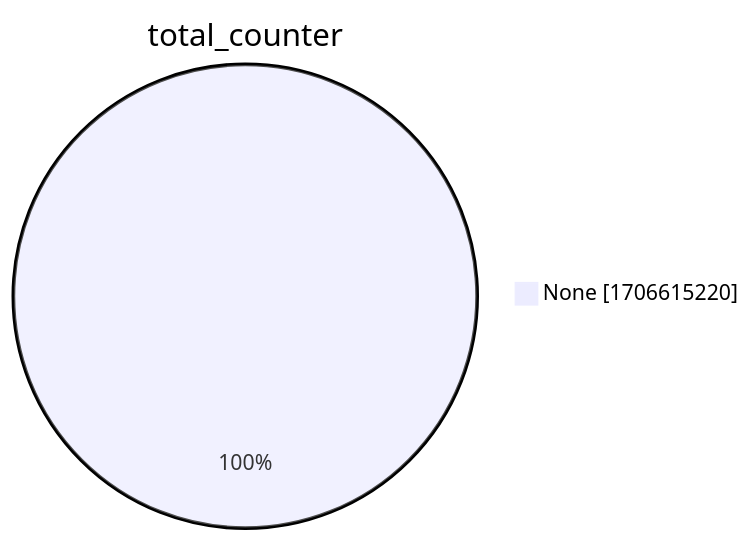
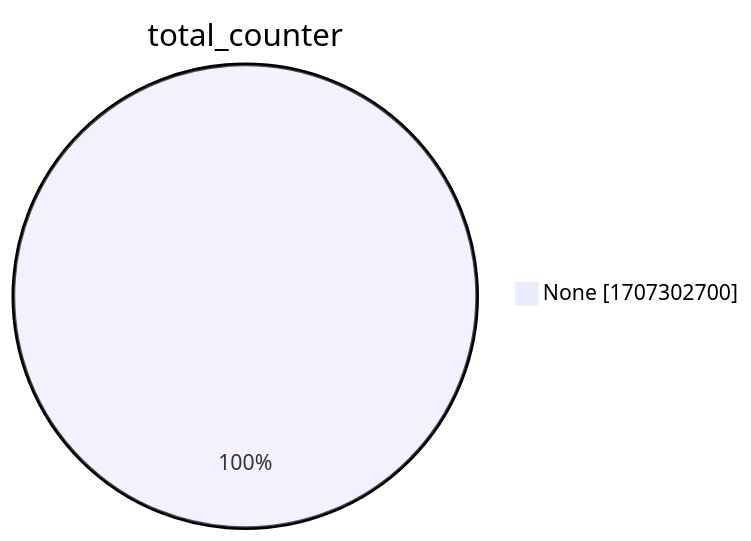
The second of 15 diagrams in xenon2022/README.md (christiankrug/ctmonitor_visualization), drawn with Mermaid before and after one commit. The commit also changed other lines of this file, not shown here.

````diff
--- a/xenon2022/README.md
+++ b/xenon2022/README.md
@@ -9,5 +9,5 @@
 ```mermaid
 pie showData
 title total_counter
-"None" :1706615220
+"None" :1707302700
 ```
````
